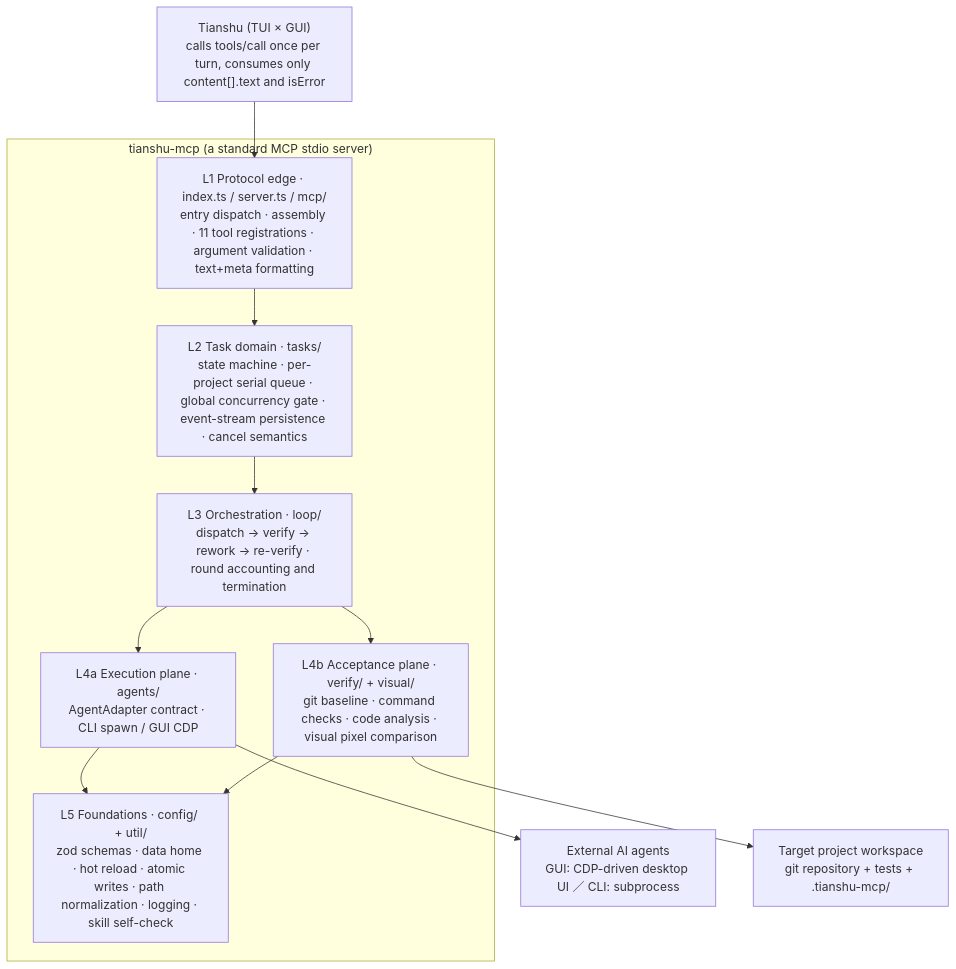
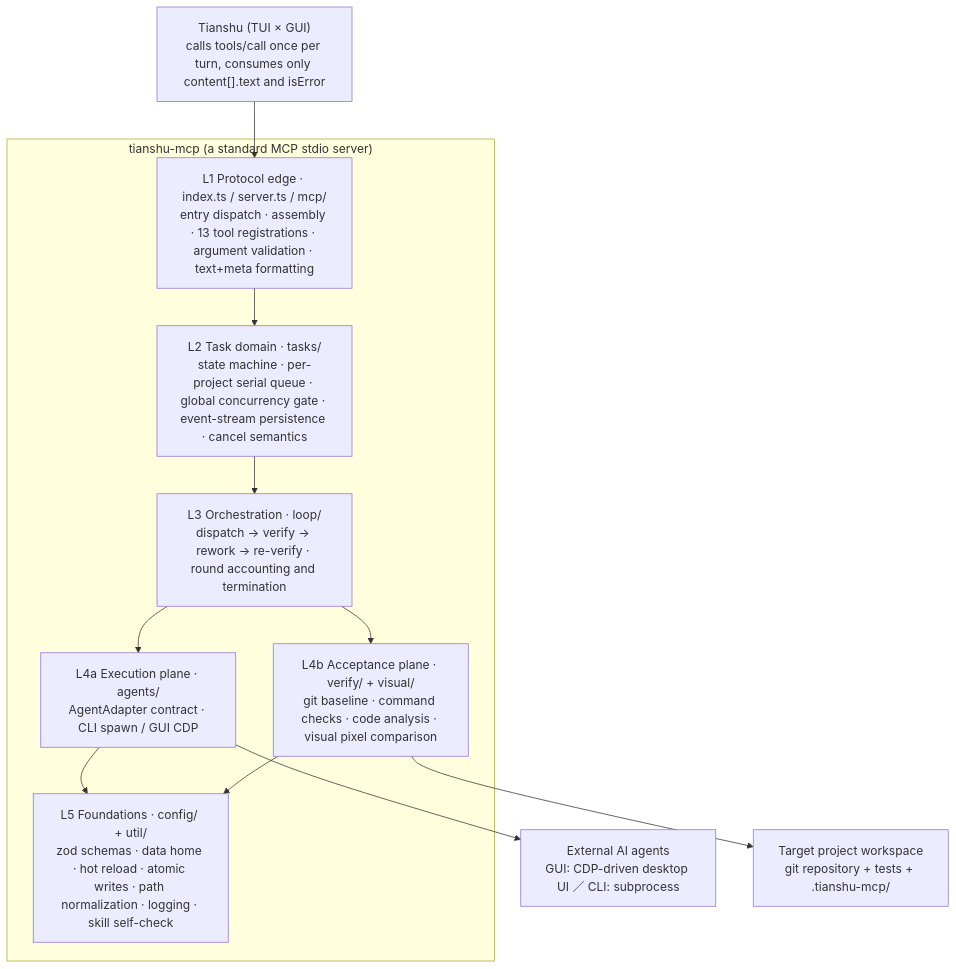
The first of 2 diagrams in docs/core-principles.en.md (jian-in/tianshu-mcp), drawn with Mermaid before and after one commit. The commit also changed other lines of this file and 29 other files, not shown here.

````diff
--- a/docs/core-principles.en.md
+++ b/docs/core-principles.en.md
@@ -50,22 +50,22 @@
 ```mermaid
 flowchart TB
   T["Tianshu (TUI × GUI)<br/>calls tools/call once per turn, consumes only content[].text and isError"]
   subgraph S["tianshu-mcp (a standard MCP stdio server)"]
-    L1["L1 Protocol edge · index.ts / server.ts / mcp/<br/>entry dispatch · assembly · 11 tool registrations · argument validation · text+meta formatting"]
+    L1["L1 Protocol edge · index.ts / server.ts / mcp/<br/>entry dispatch · assembly · 13 tool registrations · argument validation · text+meta formatting"]
     L2["L2 Task domain · tasks/<br/>state machine · per-project serial queue · global concurrency gate · event-stream persistence · cancel semantics"]
     L3["L3 Orchestration · loop/<br/>dispatch → verify → rework → re-verify · round accounting and termination"]
     L4a["L4a Execution plane · agents/<br/>AgentAdapter contract · CLI spawn / GUI CDP"]
     L4b["L4b Acceptance plane · verify/ + visual/<br/>git baseline · command checks · code analysis · visual pixel comparison"]
     L5["L5 Foundations · config/ + util/<br/>zod schemas · data home · hot reload · atomic writes · path normalization · logging · skill self-check"]
     L1 --> L2 --> L3
     L3 --> L4a
     L3 --> L4b
     L4a --> L5
     L4b --> L5
   end
   AG["External AI agents<br/>GUI: CDP-driven desktop UI ／ CLI: subprocess"]
   WS["Target project workspace<br/>git repository + tests + .tianshu-mcp/"]
   T --> L1
   L4a --> AG
   L4b --> WS
 ```
````
